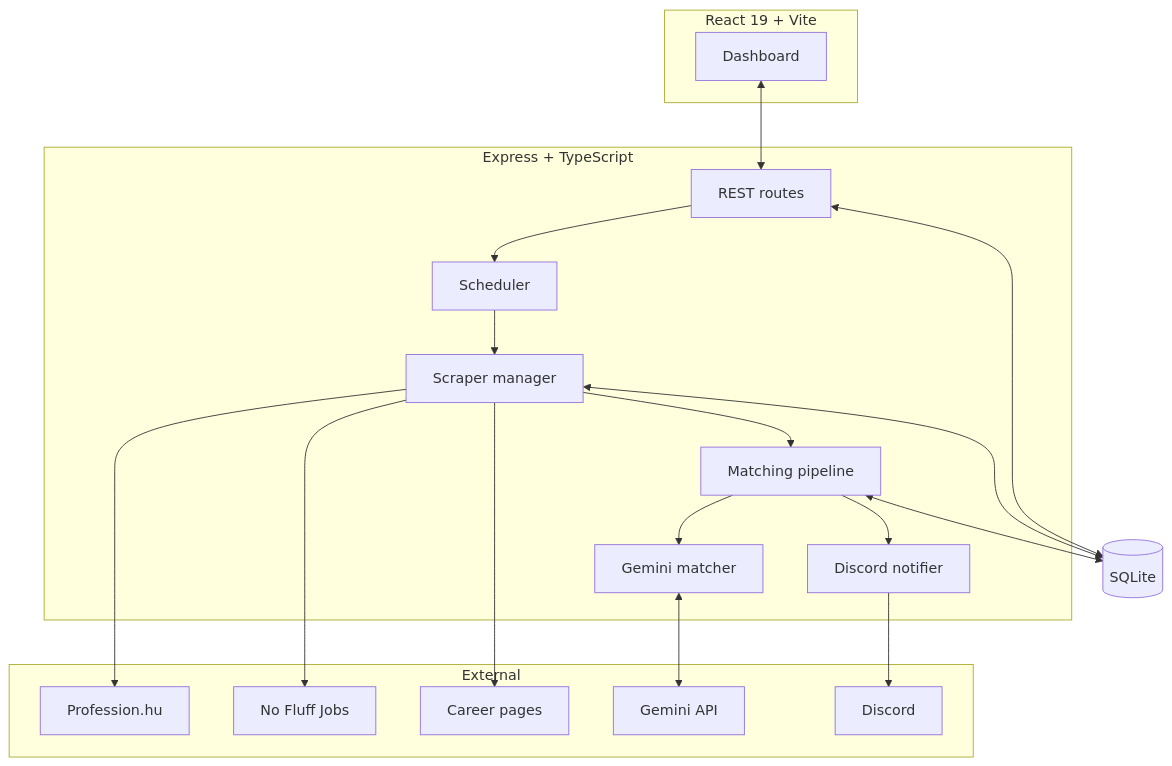
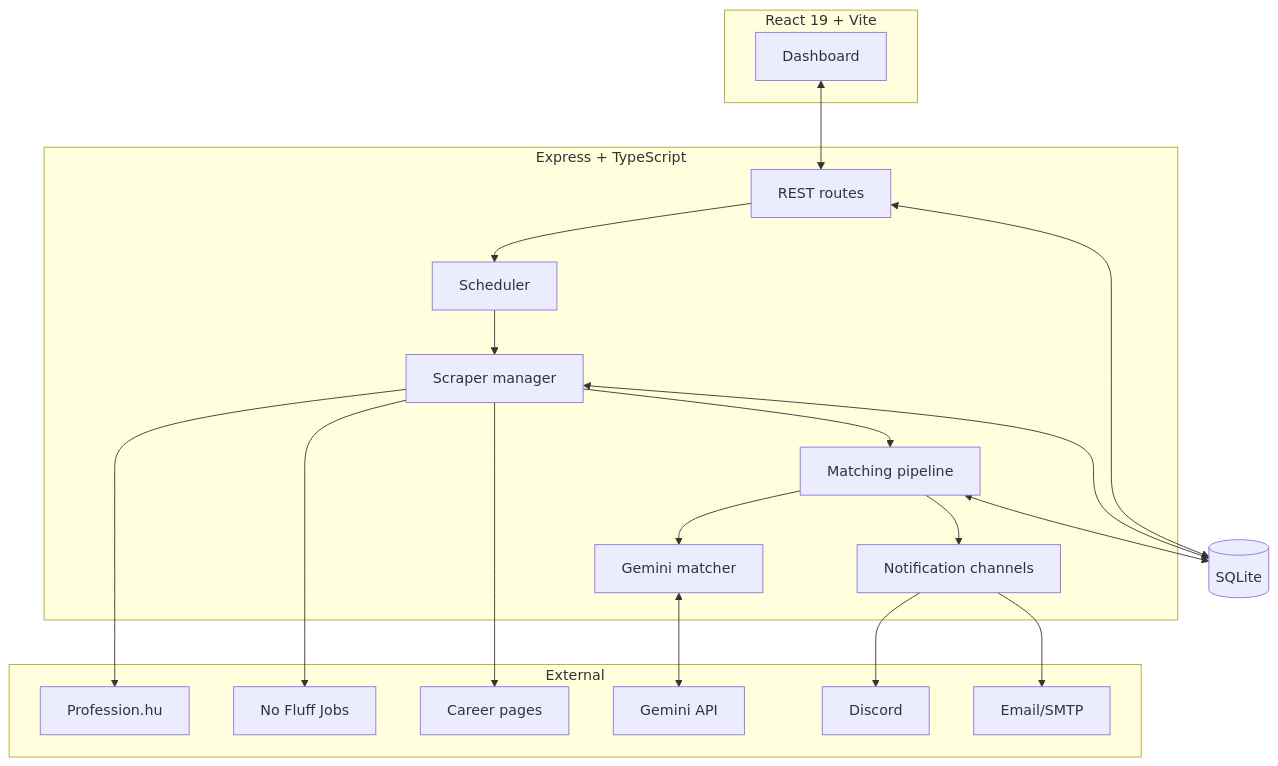
Before and after one commit to Daemon0928/Jinder: the diagram in README.md, drawn with Mermaid. The commit also changed other lines of this file and 33 other files, not shown here.

````diff
--- a/README.md
+++ b/README.md
@@ -75,32 +75,33 @@
 ```mermaid
 flowchart TD
     subgraph Frontend [React 19 + Vite]
         UI[Dashboard]
     end
 
     subgraph Backend [Express + TypeScript]
         API[REST routes]
         Sched[Scheduler]
         SM[Scraper manager]
         Pipe[Matching pipeline]
         GM[Gemini matcher]
-        Notify[Discord notifier]
+        Notify[Notification channels]
     end
 
     subgraph External
         Prof[Profession.hu]
         NFJ[No Fluff Jobs]
         ATS[Career pages]
         Gem[Gemini API]
         Disc[Discord]
+        Email[Email/SMTP]
     end
 
     DB[(SQLite)]
 
     UI <--> API
     API --> Sched --> SM
     SM --> Prof & NFJ & ATS
     SM --> Pipe --> GM <--> Gem
-    Pipe --> Notify --> Disc
+    Pipe --> Notify --> Disc & Email
     API & SM & Pipe <--> DB
 ```
````
